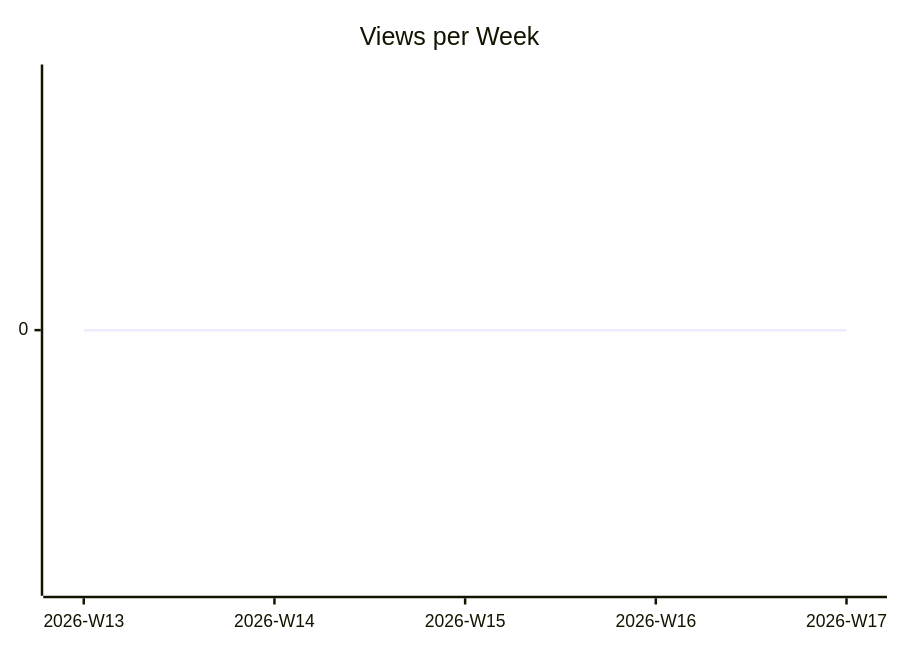
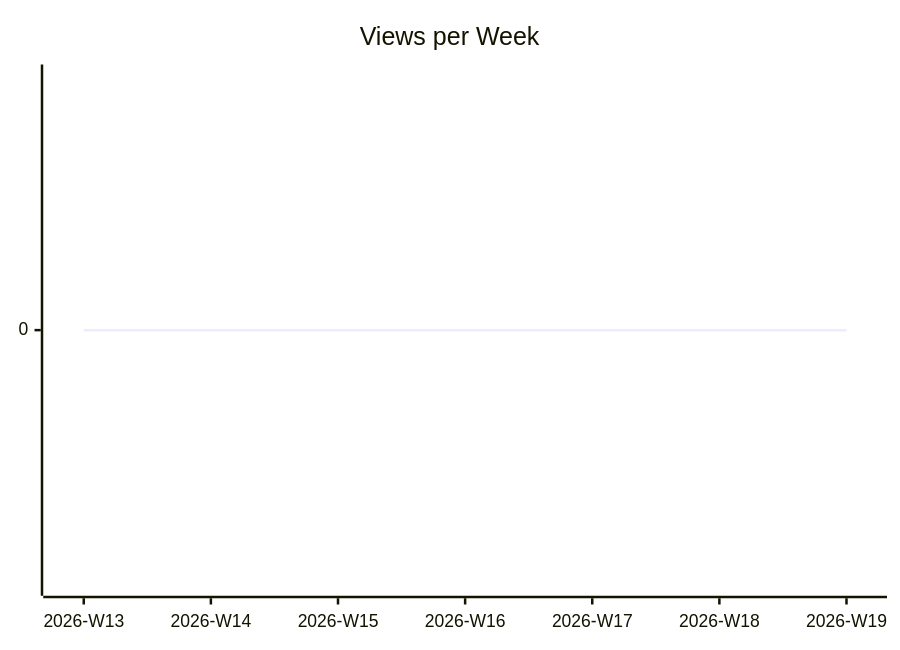
The second of 3 diagrams in karlmdavis/ansible-jenkins/README.md (justdavis-family/github-analytics-data), drawn with Mermaid before and after one commit. The commit also changed other lines of this file and 187 other files, not shown here.

````diff
--- a/karlmdavis/ansible-jenkins/README.md
+++ b/karlmdavis/ansible-jenkins/README.md
@@ -12,6 +12,6 @@
 ```mermaid
 xychart-beta
   title "Views per Week"
-  x-axis ["2026-W13", "2026-W14", "2026-W15", "2026-W16", "2026-W17"]
-  line [0, 0, 0, 0, 0]
+  x-axis ["2026-W13", "2026-W14", "2026-W15", "2026-W16", "2026-W17", "2026-W18", "2026-W19"]
+  line [0, 0, 0, 0, 0, 0, 0]
 ```
````
